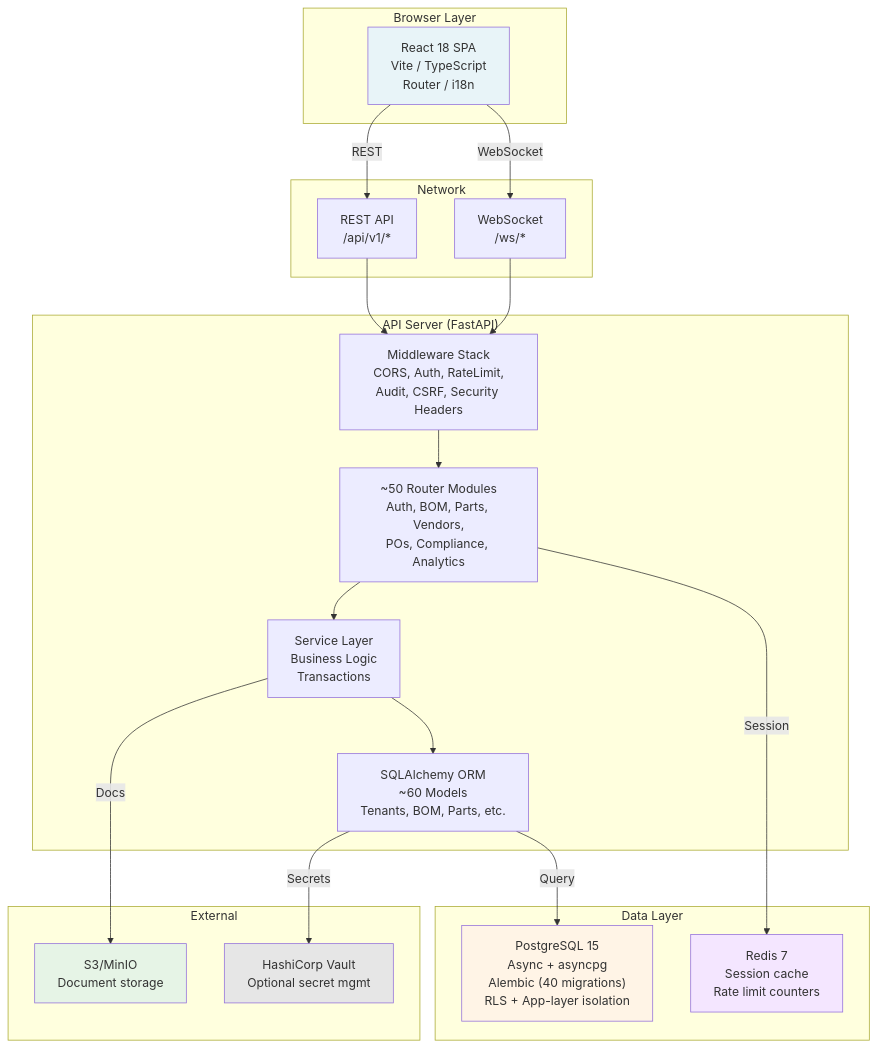
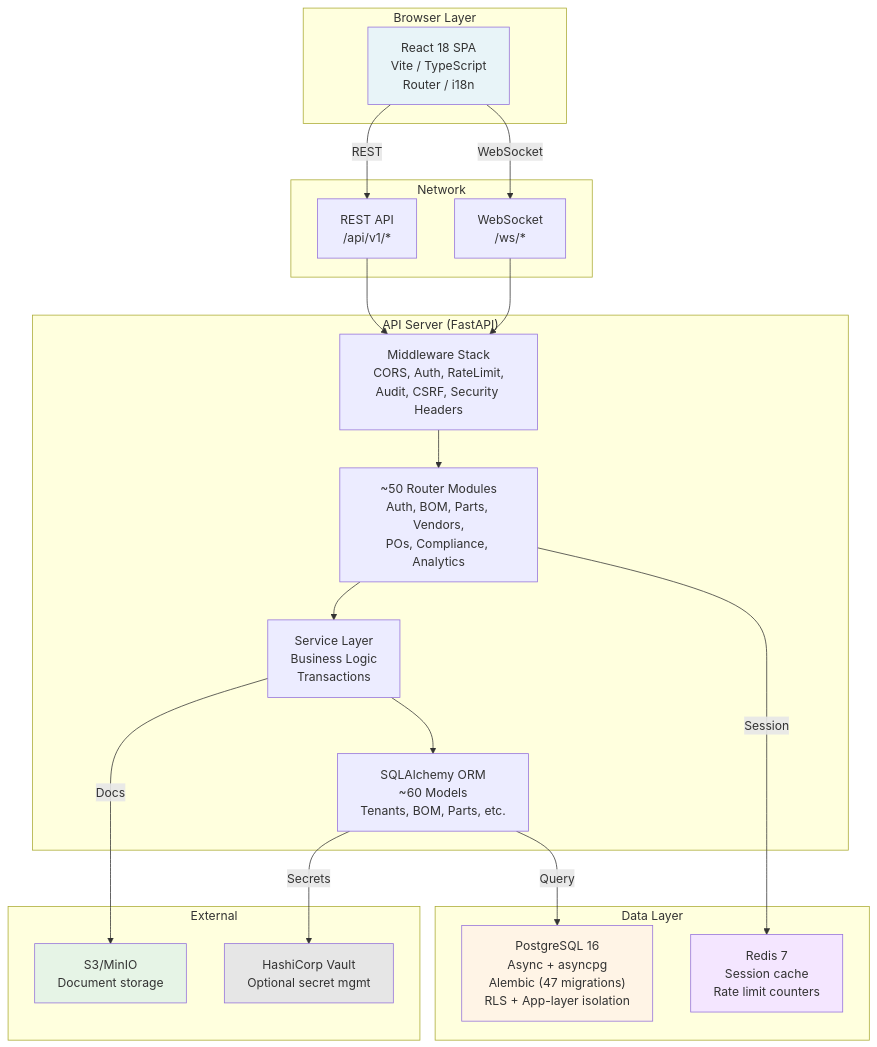
The diagram in ARCHITECTURE.md (Sumanth-Raj14/BBF-BOM), drawn with Mermaid before and after one commit. The commit also changed other lines of this file and 9 other files, not shown here.

````diff
--- a/ARCHITECTURE.md
+++ b/ARCHITECTURE.md
@@ -80,46 +80,46 @@
 ```mermaid
 graph TB
     subgraph "Browser Layer"
         B["React 18 SPA<br/>Vite / TypeScript<br/>Router / i18n"]
     end
     
     subgraph "Network"
         REST["REST API<br/>/api/v1/*"]
         WS["WebSocket<br/>/ws/*"]
     end
     
     subgraph "API Server (FastAPI)"
         MIDDLEWARE["Middleware Stack<br/>CORS, Auth, RateLimit,<br/>Audit, CSRF, Security Headers"]
         ROUTERS["~50 Router Modules<br/>Auth, BOM, Parts, Vendors,<br/>POs, Compliance, Analytics"]
         SERVICES["Service Layer<br/>Business Logic<br/>Transactions"]
         MODELS["SQLAlchemy ORM<br/>~60 Models<br/>Tenants, BOM, Parts, etc."]
     end
     
     subgraph "Data Layer"
-        POSTGRES["PostgreSQL 15<br/>Async + asyncpg<br/>Alembic (40 migrations)<br/>RLS + App-layer isolation"]
+        POSTGRES["PostgreSQL 16<br/>Async + asyncpg<br/>Alembic (47 migrations)<br/>RLS + App-layer isolation"]
         REDIS["Redis 7<br/>Session cache<br/>Rate limit counters"]
     end
     
     subgraph "External"
         S3["S3/MinIO<br/>Document storage"]
         VAULT["HashiCorp Vault<br/>Optional secret mgmt"]
     end
     
     B -->|REST| REST
     B -->|WebSocket| WS
     REST --> MIDDLEWARE
     WS --> MIDDLEWARE
     MIDDLEWARE --> ROUTERS
     ROUTERS --> SERVICES
     SERVICES --> MODELS
     MODELS -->|Query| POSTGRES
     ROUTERS -->|Session| REDIS
     SERVICES -->|Docs| S3
     MODELS -->|Secrets| VAULT
     
     style B fill:#e8f4f8
     style POSTGRES fill:#fff4e6
     style REDIS fill:#f4e6ff
     style S3 fill:#e6f4e6
     style VAULT fill:#e6e6e6
 ```
````
